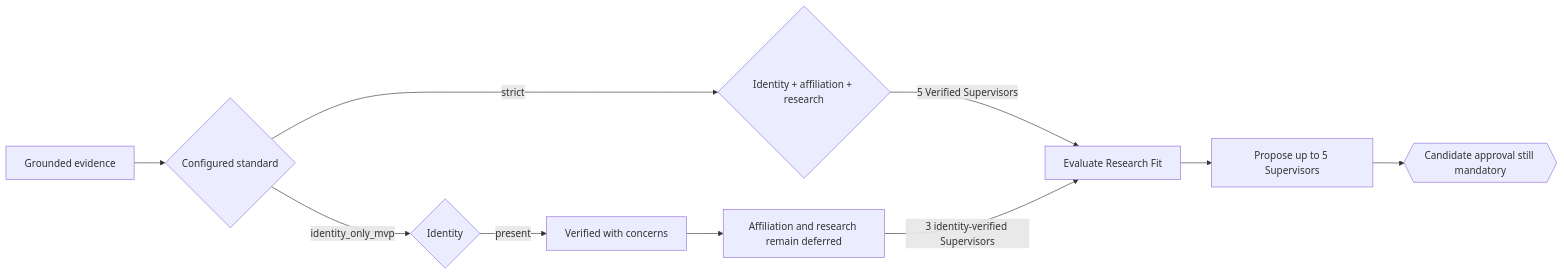
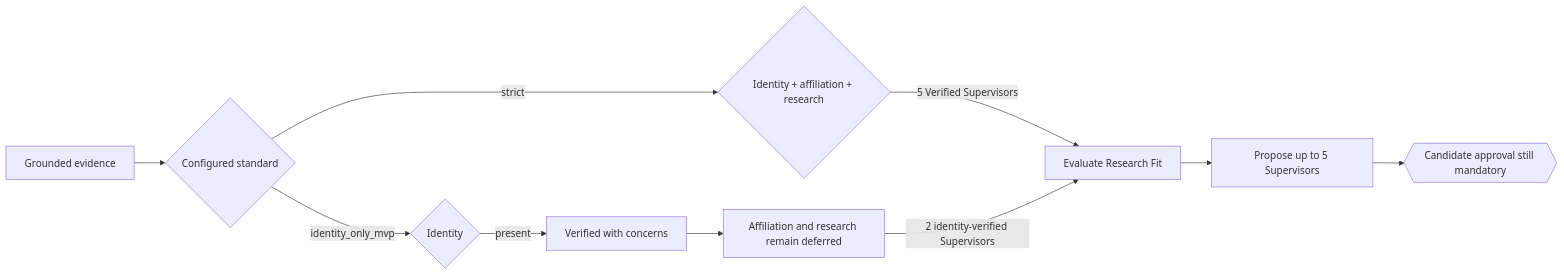
Before and after one commit to shanly-rajan/ai-builder: diagram 16 of 19 in projects/scholar-path/README.md, drawn with Mermaid. The commit also changed other lines of this file and 18 other files, not shown here.

````diff
--- a/projects/scholar-path/README.md
+++ b/projects/scholar-path/README.md
@@ -842,12 +844,12 @@
 ```mermaid
 flowchart LR
     Claims[Grounded evidence] --> Standard{Configured standard}
     Standard -->|strict| Three{Identity + affiliation + research}
     Standard -->|identity_only_mvp| One{Identity}
     Three -->|5 Verified Supervisors| Fit[Evaluate Research Fit]
     One -->|present| Limited[Verified with concerns]
     Limited --> Gaps[Affiliation and research remain deferred]
-    Gaps -->|3 identity-verified Supervisors| Fit
+    Gaps -->|2 identity-verified Supervisors| Fit
     Fit --> Proposal[Propose up to 5 Supervisors]
     Proposal --> Gate{{Candidate approval still mandatory}}
 ```
````
